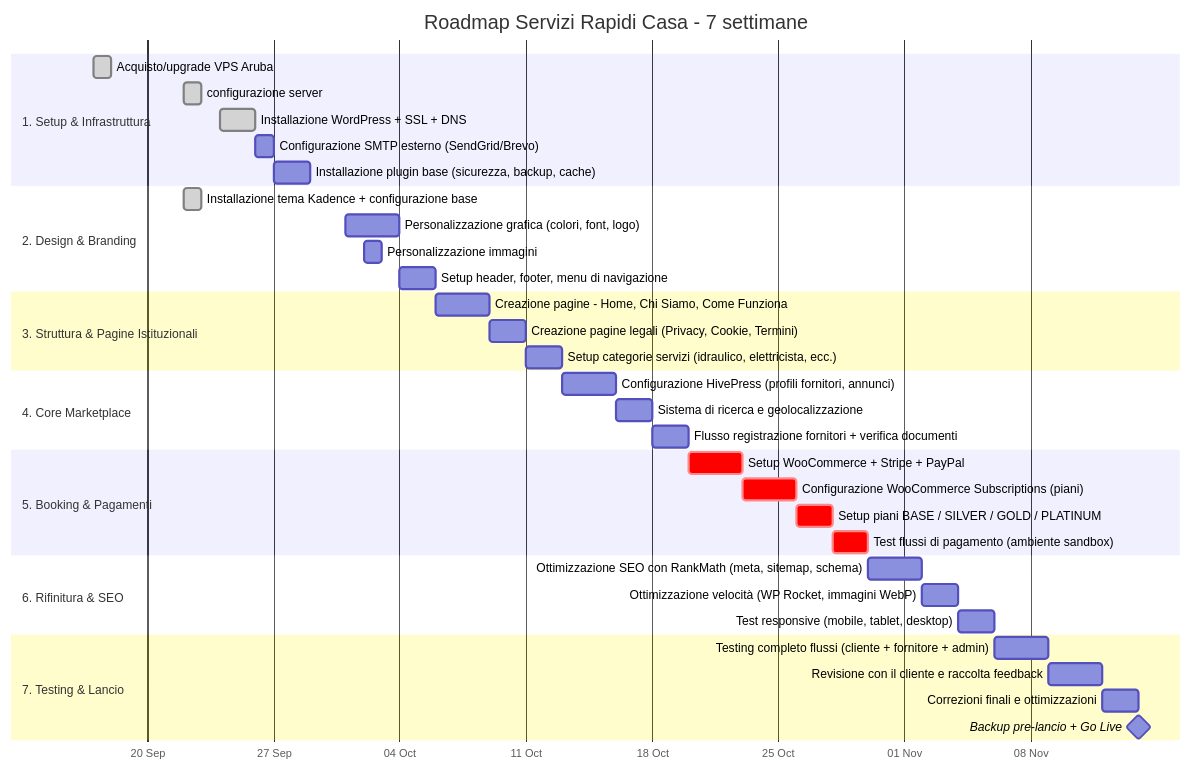
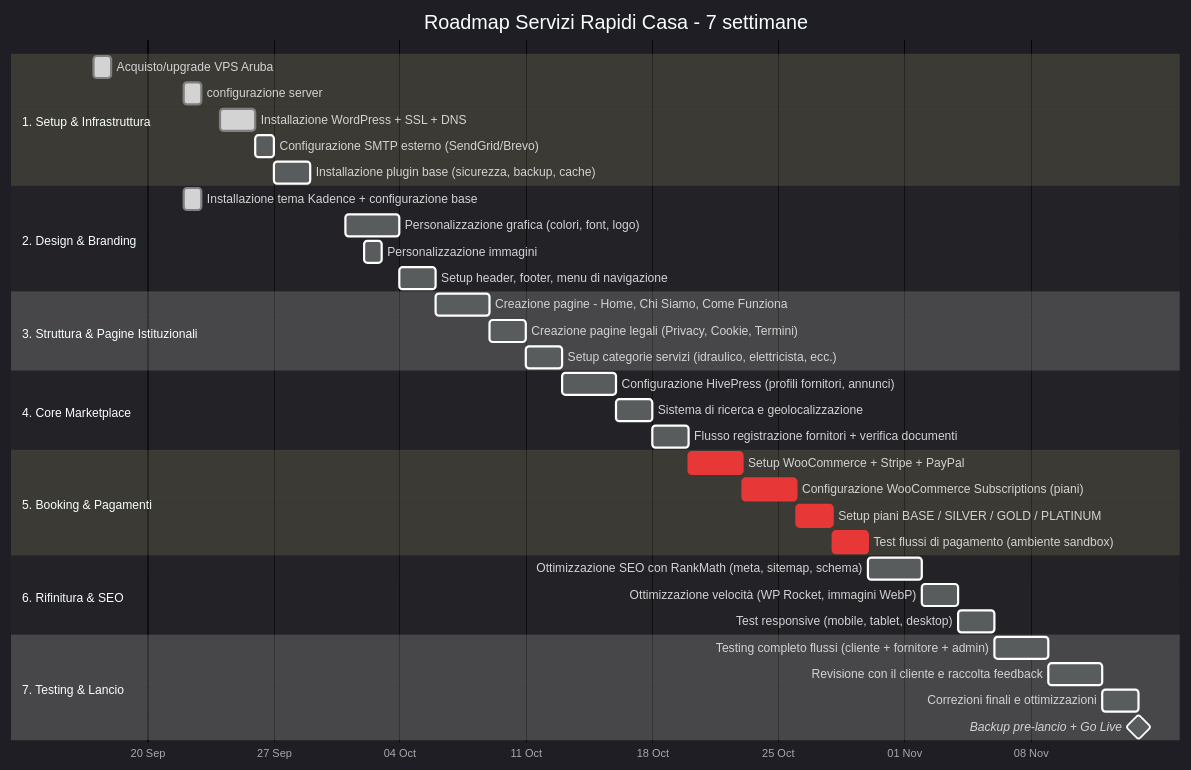
One commit to BarbaraLol/servizi_rapidi_casa changed the diagram in src_roadmap.md. Above: the diagram before and after it, drawn with Mermaid.

````diff
--- a/src_roadmap.md
+++ b/src_roadmap.md
@@ -17,47 +17,47 @@
 ```mermaid
-%%{init: {'theme':'default'}}%%
+%%{init: {'theme':'dark'}}%%
 gantt
     title Roadmap Servizi Rapidi Casa - 7 settimane
     dateFormat  DD-MM-YYYY
     axisFormat  %d %b
 
     section 1. Setup & Infrastruttura
     Acquisto/upgrade VPS Aruba                         :done, a1, 17-09-2026, 1d
     configurazione server                             :done, a2, 22-09-2026, 1d
     Installazione WordPress + SSL + DNS               :done, a3, 24-09-2026, 2d
     Configurazione SMTP esterno (SendGrid/Brevo)               :a4, 26-09-2026, 1d
     Installazione plugin base (sicurezza, backup, cache)       :a5, 27-09-2026, 2d
 
     section 2. Design & Branding
     Installazione tema Kadence + configurazione base         :done, a6, 22-09-2026, 1d
     Personalizzazione grafica (colori, font, logo)             :a7, 01-10-2026, 3d
     Personalizzazione immagini                                 :a8, 02-10-2026, 1d
     Setup header, footer, menu di navigazione                  :a9, 04-10-2026, 2d
 
     section 3. Struttura & Pagine Istituzionali
     Creazione pagine - Home, Chi Siamo, Come Funziona           :a10, 06-10-2026, 3d
     Creazione pagine legali (Privacy, Cookie, Termini)         :a11, 09-10-2026, 2d
     Setup categorie servizi (idraulico, elettricista, ecc.)    :a12, 11-10-2026, 2d
 
     section 4. Core Marketplace
     Configurazione HivePress (profili fornitori, annunci)      :a13, 13-10-2026, 3d
     Sistema di ricerca e geolocalizzazione                     :a14, 16-10-2026, 2d
     Flusso registrazione fornitori + verifica documenti        :a15, 18-10-2026, 2d
 
     section 5. Booking & Pagamenti
     Setup WooCommerce + Stripe + PayPal                        :crit, a16, 20-10-2026, 3d
     Configurazione WooCommerce Subscriptions (piani)           :crit, a17, 23-10-2026, 3d
     Setup piani BASE / SILVER / GOLD / PLATINUM                :crit, a18, 26-10-2026, 2d
     Test flussi di pagamento (ambiente sandbox)                :crit, a19, 28-10-2026, 2d
 
     section 6. Rifinitura & SEO
     Ottimizzazione SEO con RankMath (meta, sitemap, schema)    :a20, 30-10-2026, 3d
     Ottimizzazione velocità (WP Rocket, immagini WebP)         :a21, 02-11-2026, 2d
     Test responsive (mobile, tablet, desktop)                  :a22, 04-11-2026, 2d
 
     section 7. Testing & Lancio
     Testing completo flussi (cliente + fornitore + admin)      :a23, 06-11-2026, 3d
     Revisione con il cliente e raccolta feedback               :a24, 09-11-2026, 3d
     Correzioni finali e ottimizzazioni                         :a25, 12-11-2026, 2d
     Backup pre-lancio + Go Live                                :milestone, a26, 14-11-2026, 0d
 ```
````
